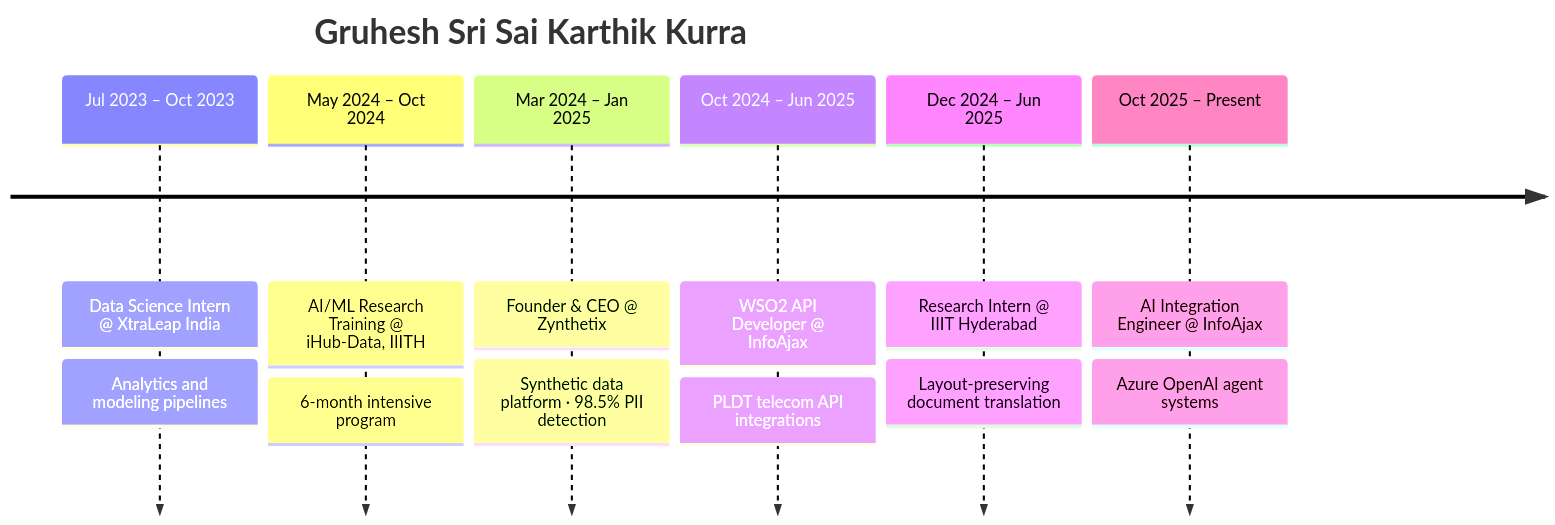
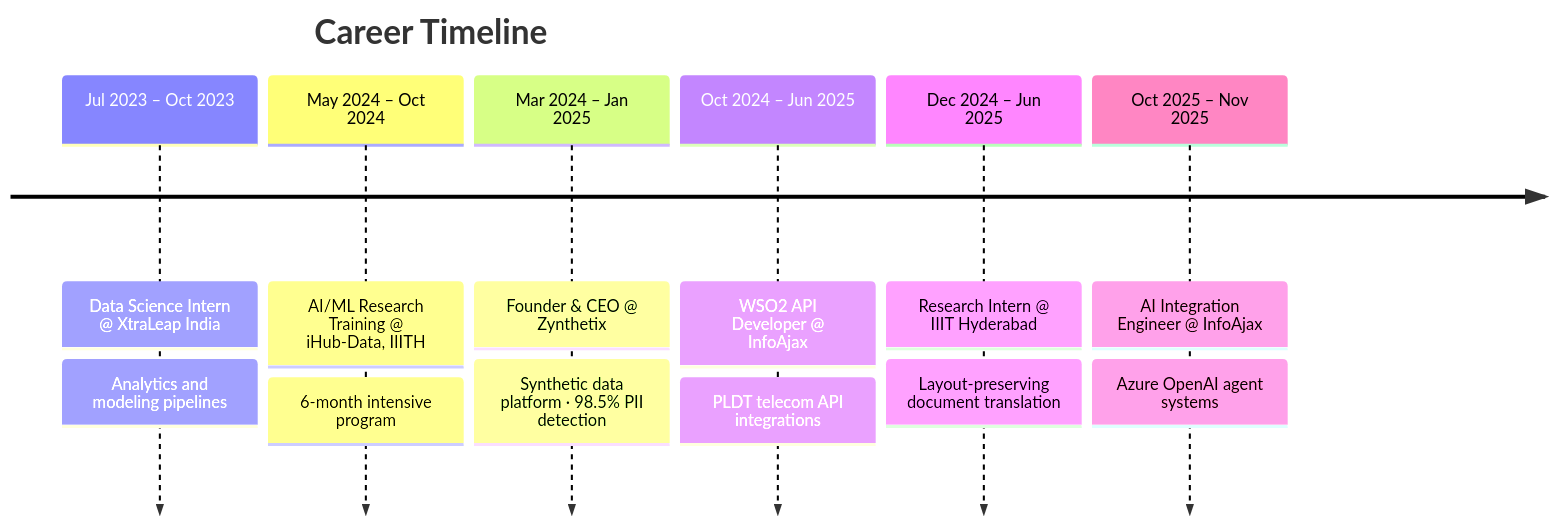
The diagram in README.md (GruheshKurra/GruheshKurra), drawn with Mermaid before and after one commit. The commit also changed other lines of this file, not shown here.

````diff
--- a/README.md
+++ b/README.md
@@ -311,16 +274,16 @@
 ```mermaid
 timeline
-    title Gruhesh Sri Sai Karthik Kurra
+    title Career Timeline
     Jul 2023 – Oct 2023 : Data Science Intern @ XtraLeap India
                         : Analytics and modeling pipelines
     May 2024 – Oct 2024 : AI/ML Research Training @ iHub-Data, IIITH
                         : 6-month intensive program
     Mar 2024 – Jan 2025 : Founder & CEO @ Zynthetix
                         : Synthetic data platform · 98.5% PII detection
     Oct 2024 – Jun 2025 : WSO2 API Developer @ InfoAjax
                         : PLDT telecom API integrations
     Dec 2024 – Jun 2025 : Research Intern @ IIIT Hyderabad
                         : Layout-preserving document translation
-    Oct 2025 – Present  : AI Integration Engineer @ InfoAjax
+    Oct 2025 – Nov 2025 : AI Integration Engineer @ InfoAjax
                         : Azure OpenAI agent systems
 ```
````
